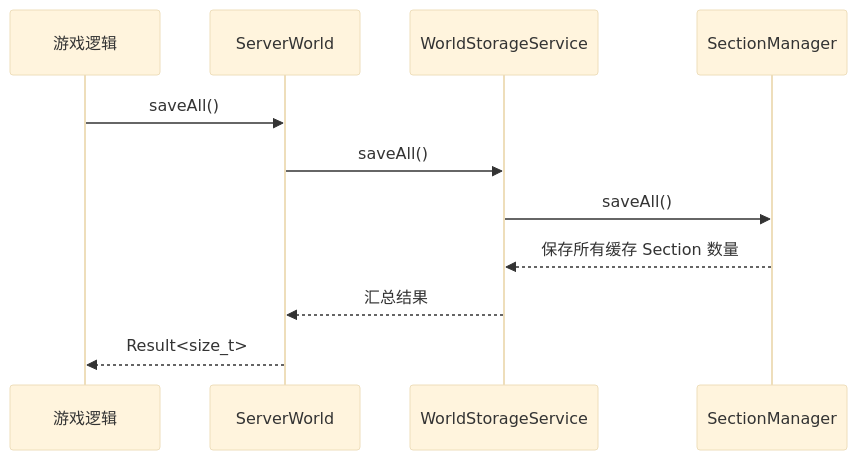
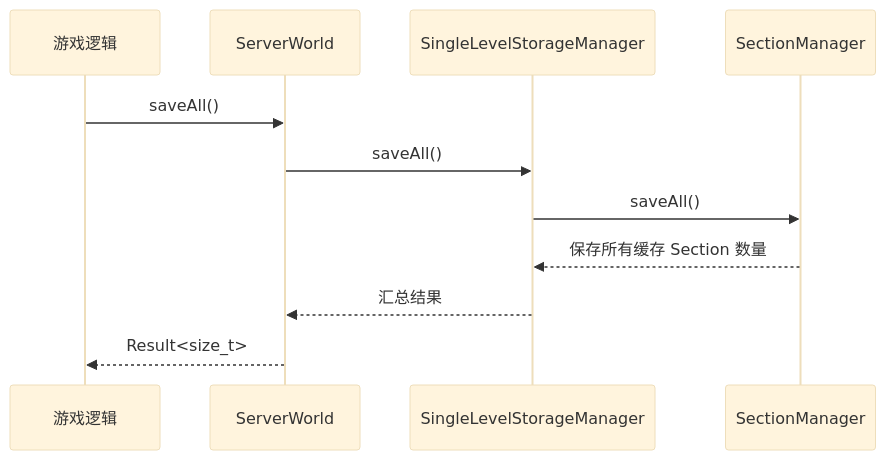
Before and after one commit to g122622/Cubium: the fifth of 6 diagrams in src/common/world/storage/README.md, drawn with Mermaid (base theme). The commit also changed other lines of this file and 36 other files, not shown here.

Commit message:
refactor: 重构存储服务，`GlobalStorageManager` 负责跨存档能力，`SingleLevelStorageManager` 负责单存档运行时；删除SaveManager

````diff
--- a/src/common/world/storage/README.md
+++ b/src/common/world/storage/README.md
@@ -490,14 +492,14 @@
 ```mermaid
 sequenceDiagram
     participant Game as 游戏逻辑
     participant World as ServerWorld
-    participant Storage as WorldStorageService
+    participant Storage as SingleLevelStorageManager
     participant Manager as SectionManager
 
     Game->>World: saveAll()
     World->>Storage: saveAll()
     Storage->>Manager: saveAll()
     Manager-->>Storage: 保存所有缓存 Section 数量
     Storage-->>World: 汇总结果
     World-->>Game: Result<size_t>
 ```
````
